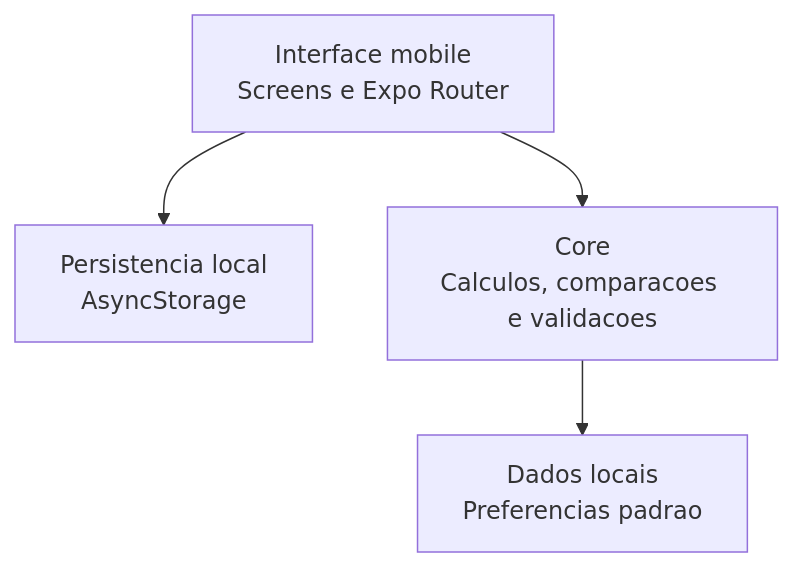
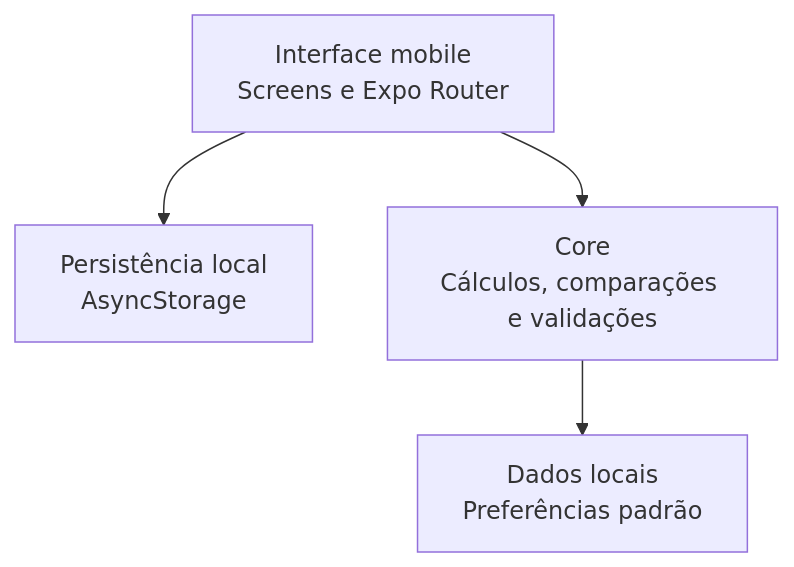
Before and after one commit to hlfreinoso/Quanto-Custa-na-Vida-Real: the third of 4 diagrams in docs/flowchart.md, drawn with Mermaid. The commit also changed other lines of this file and 9 other files, not shown here.

````diff
--- a/docs/flowchart.md
+++ b/docs/flowchart.md
@@ -46,11 +46,11 @@
 ```mermaid
 flowchart TB
   UI[Interface mobile<br/>Screens e Expo Router]
-  Storage[Persistencia local<br/>AsyncStorage]
-  Core[Core<br/>Calculos, comparacoes e validacoes]
-  Data[Dados locais<br/>Preferencias padrao]
+  Storage[Persistência local<br/>AsyncStorage]
+  Core[Core<br/>Cálculos, comparações e validações]
+  Data[Dados locais<br/>Preferências padrão]
 
   UI --> Storage
   UI --> Core
   Core --> Data
 ```
````
